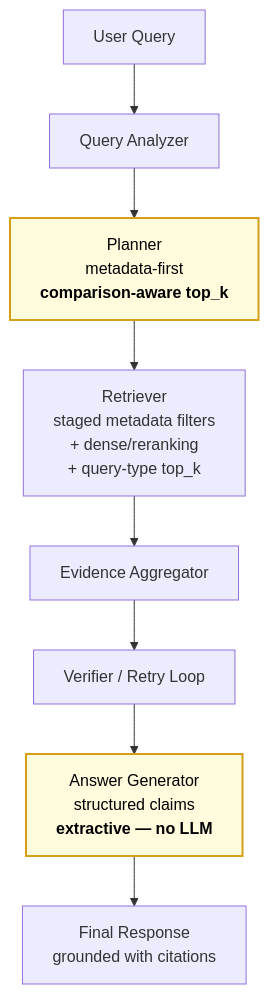
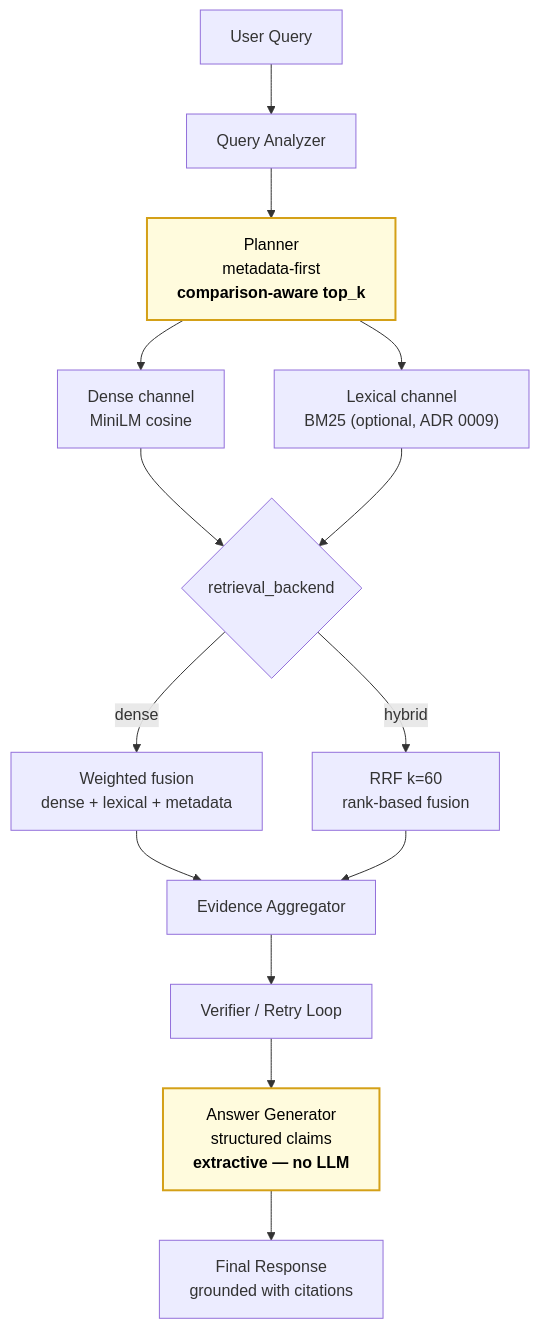
One commit to hskim-solv/BidMate-DocAgent changed the diagram in README.md. Above: the diagram before and after it, drawn with Mermaid. The commit also changed other lines of this file and 10 other files, not shown here.

First line of the commit message:
Add hybrid BM25 + dense retrieval with RRF fusion (#119) (#159)

````diff
--- a/README.md
+++ b/README.md
@@ -235,13 +236,19 @@
 ```mermaid
 flowchart TD
     Q[User Query] --> A[Query Analyzer]
     A --> P["Planner<br/>metadata-first<br/><b>comparison-aware top_k</b>"]
-    P --> R["Retriever<br/>staged metadata filters<br/>+ dense/reranking<br/>+ query-type top_k"]
-    R --> E[Evidence Aggregator]
+    P --> RD["Dense channel<br/>MiniLM cosine"]
+    P --> RB["Lexical channel<br/>BM25 (optional, ADR 0009)"]
+    RD --> FU{retrieval_backend}
+    RB --> FU
+    FU -->|dense| W["Weighted fusion<br/>dense + lexical + metadata"]
+    FU -->|hybrid| RRF["RRF k=60<br/>rank-based fusion"]
+    W --> E[Evidence Aggregator]
+    RRF --> E
     E --> V[Verifier / Retry Loop]
     V --> G["Answer Generator<br/>structured claims<br/><b>extractive — no LLM</b>"]
     G --> F[Final Response<br/>grounded with citations]
 
     classDef highlight fill:#fffbdd,stroke:#d4a017,stroke-width:2px,color:#000
     class P,G highlight
 ```
````
